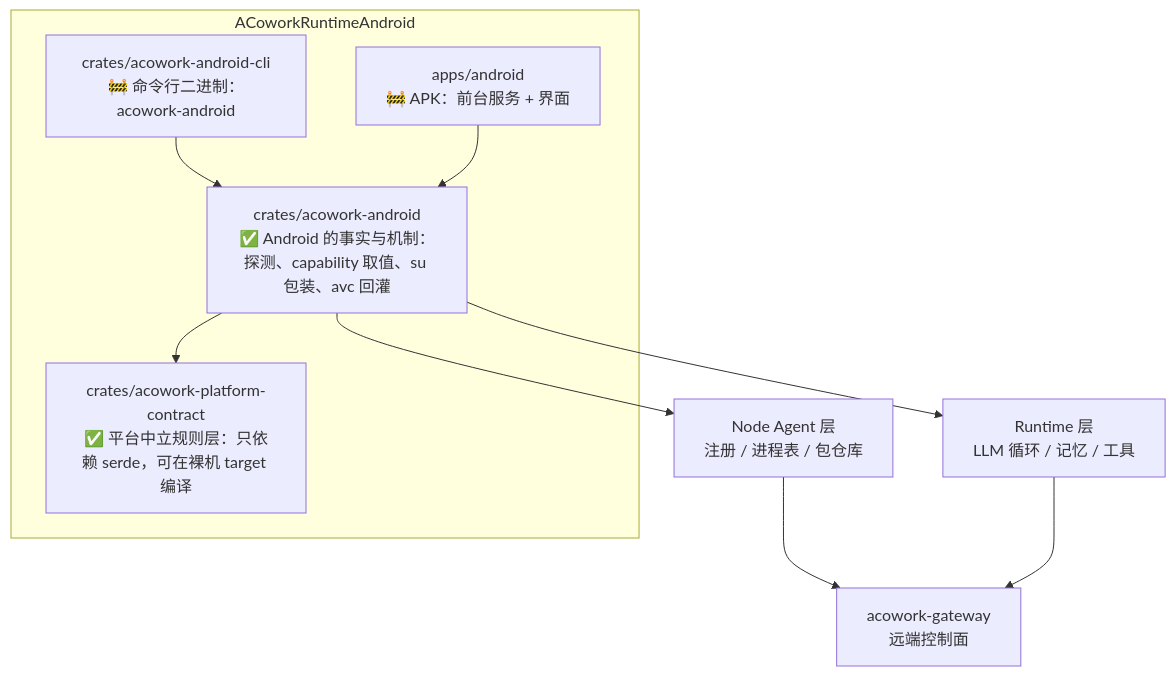
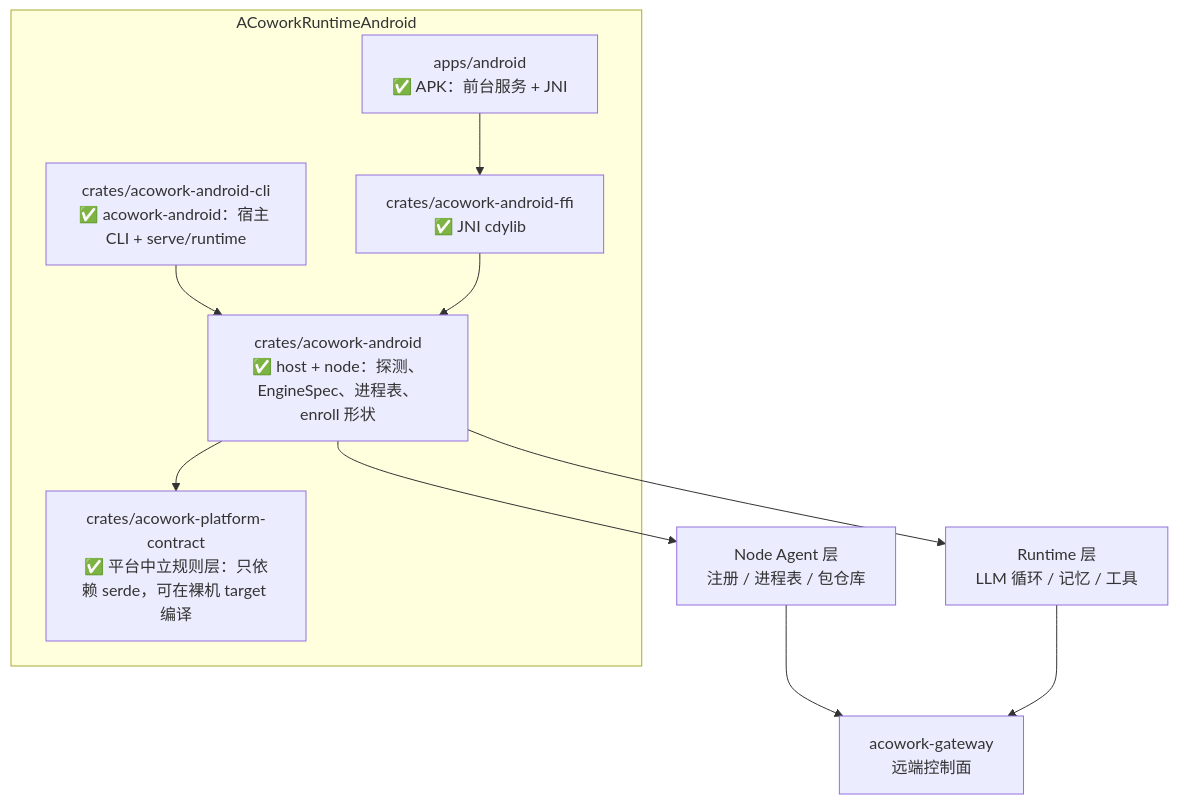
The diagram in README.zh.md (acowork/ACoworkRuntimeAndroid), drawn with Mermaid before and after one commit. The commit also changed other lines of this file and 423 other files, not shown here.

First line of the commit message:
android host: the phone stays a node, and its sdcard workspace can be listed

````diff
--- a/README.zh.md
+++ b/README.zh.md
@@ -151,20 +150,22 @@
 ```mermaid
 graph TD
     subgraph Repo["ACoworkRuntimeAndroid"]
         Contract["crates/acowork-platform-contract<br/>✅ 平台中立规则层：只依赖 serde，可在裸机 target 编译"]
-        Lib["crates/acowork-android<br/>✅ Android 的事实与机制：探测、capability 取值、su 包装、avc 回灌"]
-        Cli["crates/acowork-android-cli<br/>🚧 命令行二进制：acowork-android"]
-        App["apps/android<br/>🚧 APK：前台服务 + 界面"]
+        Lib["crates/acowork-android<br/>✅ host + node：探测、EngineSpec、进程表、enroll 形状"]
+        Cli["crates/acowork-android-cli<br/>✅ acowork-android：宿主 CLI + serve/runtime"]
+        App["apps/android<br/>✅ APK：前台服务 + JNI"]
+        Ffi["crates/acowork-android-ffi<br/>✅ JNI cdylib"]
     end
     Node["Node Agent 层<br/>注册 / 进程表 / 包仓库"]
     Rt["Runtime 层<br/>LLM 循环 / 记忆 / 工具"]
     Gw["acowork-gateway<br/>远端控制面"]
 
     Cli --> Lib
-    App --> Lib
+    App --> Ffi
+    Ffi --> Lib
     Lib --> Contract
     Lib --> Node
     Lib --> Rt
     Node --> Gw
     Rt --> Gw
 ```
````
